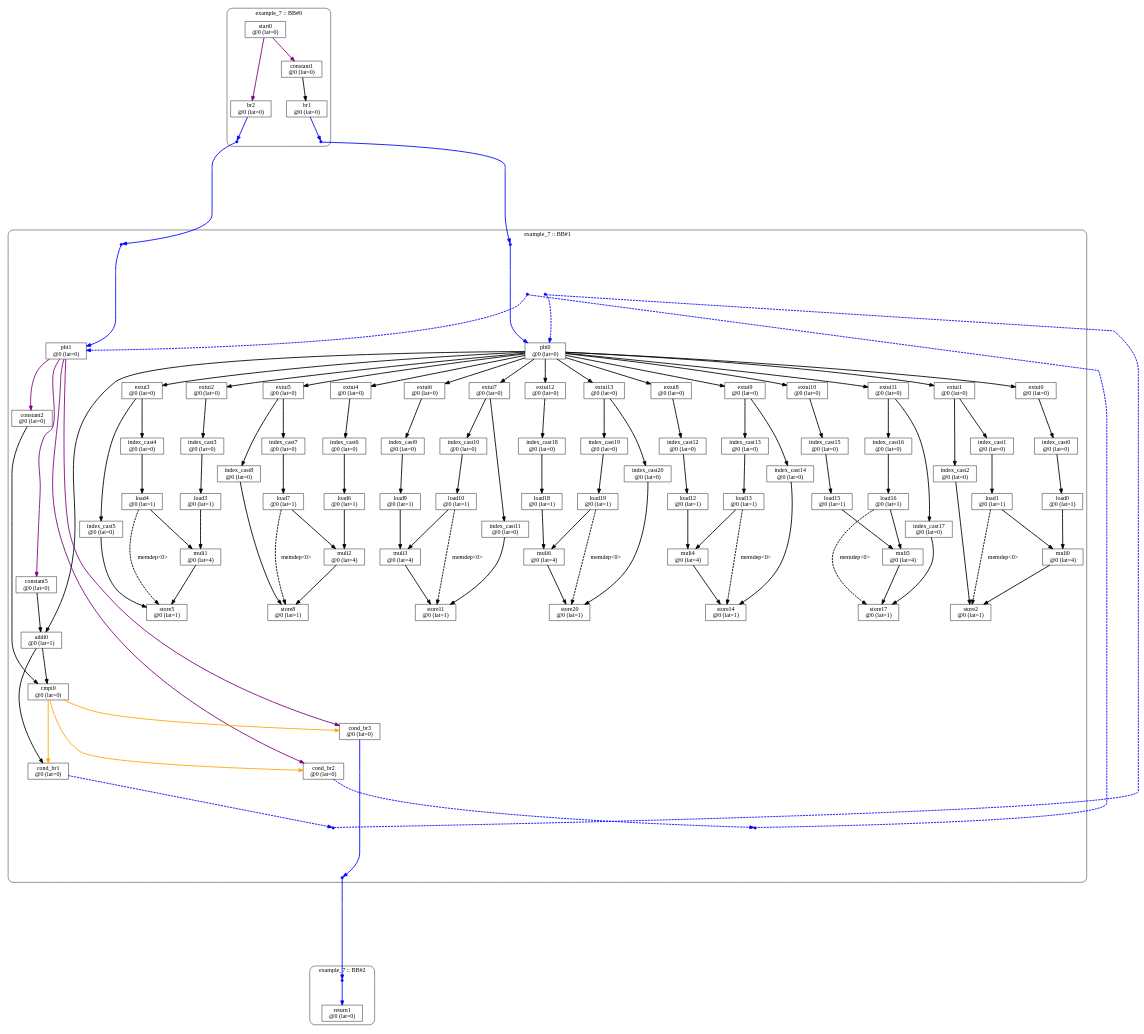
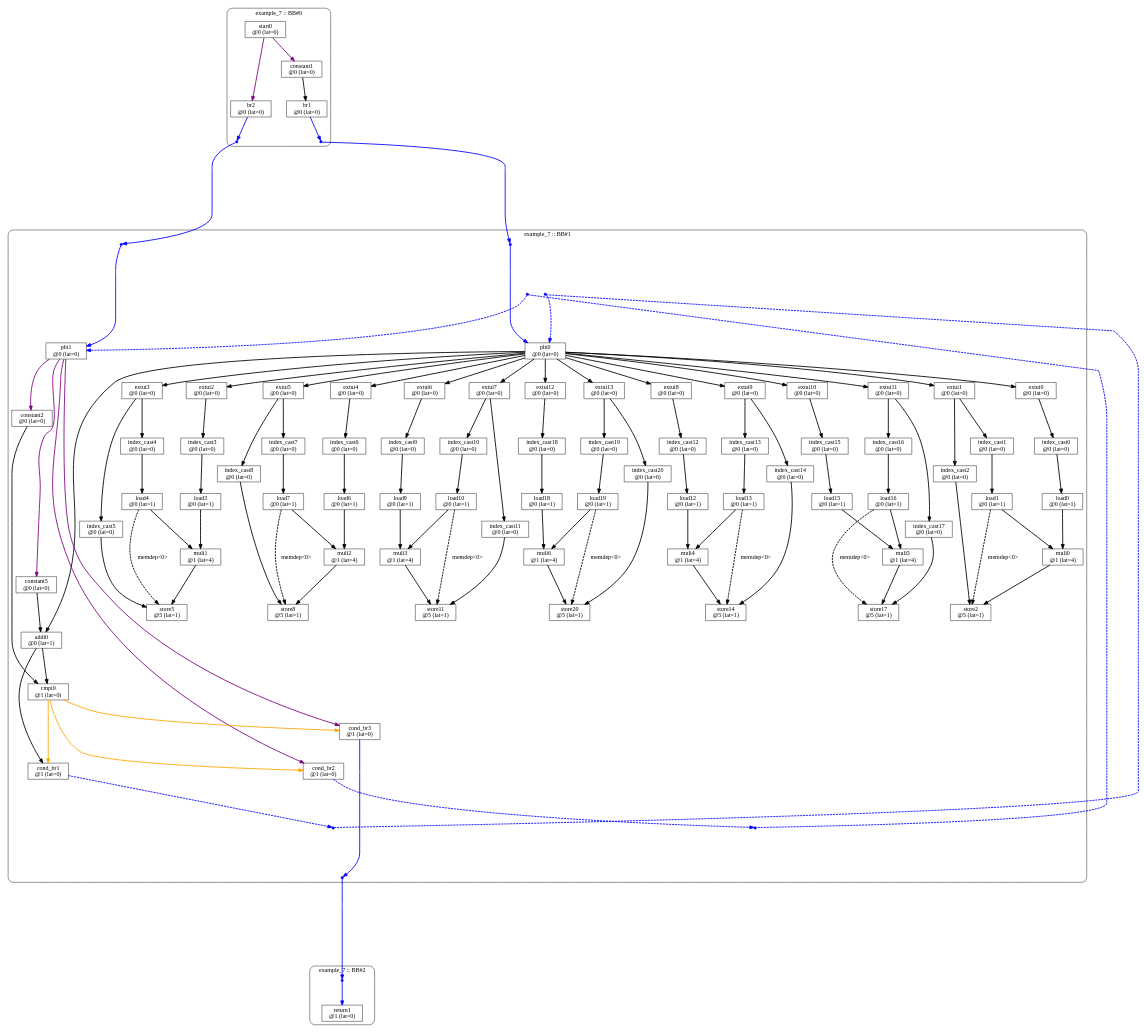
The diagram in static-examples/example_7/out/comp/static-scheduling/static-scheduling-asap.dot (alecrav/sdc-project1-spring2026), drawn with Graphviz before and after one commit. The commit also changed 135 other files, not shown here.

```diff
--- a/static-examples/example_7/out/comp/static-scheduling/static-scheduling-asap.dot
+++ b/static-examples/example_7/out/comp/static-scheduling/static-scheduling-asap.dot
@@ -37,68 +37,68 @@
     extui1 [label="extui1\n@0 (lat=0)"];
     index_cast1 [label="index_cast1\n@0 (lat=0)"];
     load1 [label="load1\n@0 (lat=1)"];
-    muli0 [label="muli0\n@0 (lat=4)"];
+    muli0 [label="muli0\n@1 (lat=4)"];
     index_cast2 [label="index_cast2\n@0 (lat=0)"];
-    store2 [label="store2\n@0 (lat=1)"];
+    store2 [label="store2\n@5 (lat=1)"];
     extui2 [label="extui2\n@0 (lat=0)"];
     index_cast3 [label="index_cast3\n@0 (lat=0)"];
     load3 [label="load3\n@0 (lat=1)"];
     extui3 [label="extui3\n@0 (lat=0)"];
     index_cast4 [label="index_cast4\n@0 (lat=0)"];
     load4 [label="load4\n@0 (lat=1)"];
-    muli1 [label="muli1\n@0 (lat=4)"];
+    muli1 [label="muli1\n@1 (lat=4)"];
     index_cast5 [label="index_cast5\n@0 (lat=0)"];
-    store5 [label="store5\n@0 (lat=1)"];
+    store5 [label="store5\n@5 (lat=1)"];
     extui4 [label="extui4\n@0 (lat=0)"];
     index_cast6 [label="index_cast6\n@0 (lat=0)"];
     load6 [label="load6\n@0 (lat=1)"];
     extui5 [label="extui5\n@0 (lat=0)"];
     index_cast7 [label="index_cast7\n@0 (lat=0)"];
     load7 [label="load7\n@0 (lat=1)"];
-    muli2 [label="muli2\n@0 (lat=4)"];
+    muli2 [label="muli2\n@1 (lat=4)"];
     index_cast8 [label="index_cast8\n@0 (lat=0)"];
-    store8 [label="store8\n@0 (lat=1)"];
+    store8 [label="store8\n@5 (lat=1)"];
     extui6 [label="extui6\n@0 (lat=0)"];
     index_cast9 [label="index_cast9\n@0 (lat=0)"];
     load9 [label="load9\n@0 (lat=1)"];
     extui7 [label="extui7\n@0 (lat=0)"];
     index_cast10 [label="index_cast10\n@0 (lat=0)"];
     load10 [label="load10\n@0 (lat=1)"];
-    muli3 [label="muli3\n@0 (lat=4)"];
+    muli3 [label="muli3\n@1 (lat=4)"];
     index_cast11 [label="index_cast11\n@0 (lat=0)"];
-    store11 [label="store11\n@0 (lat=1)"];
+    store11 [label="store11\n@5 (lat=1)"];
     extui8 [label="extui8\n@0 (lat=0)"];
     index_cast12 [label="index_cast12\n@0 (lat=0)"];
     load12 [label="load12\n@0 (lat=1)"];
     extui9 [label="extui9\n@0 (lat=0)"];
     index_cast13 [label="index_cast13\n@0 (lat=0)"];
     load13 [label="load13\n@0 (lat=1)"];
-    muli4 [label="muli4\n@0 (lat=4)"];
+    muli4 [label="muli4\n@1 (lat=4)"];
     index_cast14 [label="index_cast14\n@0 (lat=0)"];
-    store14 [label="store14\n@0 (lat=1)"];
+    store14 [label="store14\n@5 (lat=1)"];
     extui10 [label="extui10\n@0 (lat=0)"];
     index_cast15 [label="index_cast15\n@0 (lat=0)"];
     load15 [label="load15\n@0 (lat=1)"];
     extui11 [label="extui11\n@0 (lat=0)"];
     index_cast16 [label="index_cast16\n@0 (lat=0)"];
     load16 [label="load16\n@0 (lat=1)"];
-    muli5 [label="muli5\n@0 (lat=4)"];
+    muli5 [label="muli5\n@1 (lat=4)"];
     index_cast17 [label="index_cast17\n@0 (lat=0)"];
-    store17 [label="store17\n@0 (lat=1)"];
+    store17 [label="store17\n@5 (lat=1)"];
     extui12 [label="extui12\n@0 (lat=0)"];
     index_cast18 [label="index_cast18\n@0 (lat=0)"];
     load18 [label="load18\n@0 (lat=1)"];
     extui13 [label="extui13\n@0 (lat=0)"];
     index_cast19 [label="index_cast19\n@0 (lat=0)"];
     load19 [label="load19\n@0 (lat=1)"];
-    muli6 [label="muli6\n@0 (lat=4)"];
+    muli6 [label="muli6\n@1 (lat=4)"];
     index_cast20 [label="index_cast20\n@0 (lat=0)"];
-    store20 [label="store20\n@0 (lat=1)"];
+    store20 [label="store20\n@5 (lat=1)"];
     addi0 [label="addi0\n@0 (lat=1)"];
-    cmpi0 [label="cmpi0\n@0 (lat=0)"];
-    cond_br1 [label="cond_br1\n@0 (lat=0)"];
-    cond_br2 [label="cond_br2\n@0 (lat=0)"];
-    cond_br3 [label="cond_br3\n@0 (lat=0)"];
+    cmpi0 [label="cmpi0\n@1 (lat=0)"];
+    cond_br1 [label="cond_br1\n@1 (lat=0)"];
+    cond_br2 [label="cond_br2\n@1 (lat=0)"];
+    cond_br3 [label="cond_br3\n@1 (lat=0)"];
     {rank=min; dot_0 [shape=point, width=0.08, color=blue]; dot_2 [shape=point, width=0.08, color=blue];}
     {rank=same; dot_6 [shape=point, width=0.08, color=blue]; dot_9 [shape=point, width=0.08, color=blue];}
     dot_0 -> dot_6 [style=invis, minlen=2];
@@ -222,7 +222,7 @@
     label="example_7 :: BB#2";
     style=rounded;
 
-    return1 [label="return1\n@0 (lat=0)"];
+    return1 [label="return1\n@1 (lat=0)"];
     {rank=min; dot_4 [shape=point, width=0.08, color=blue];}
 
   }
```
